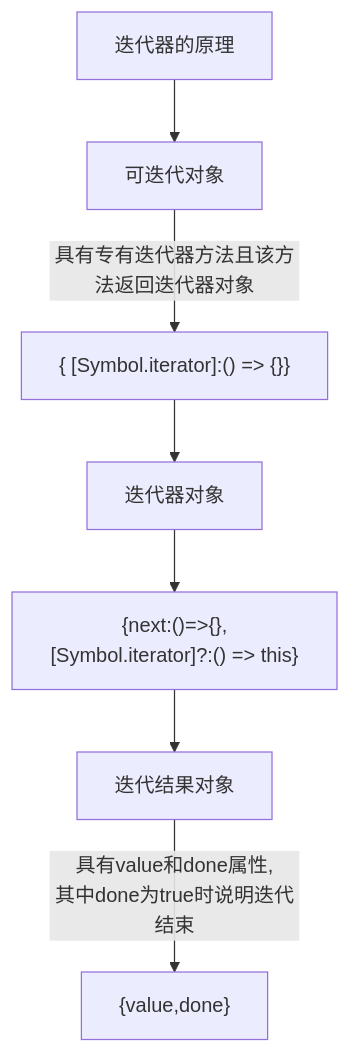
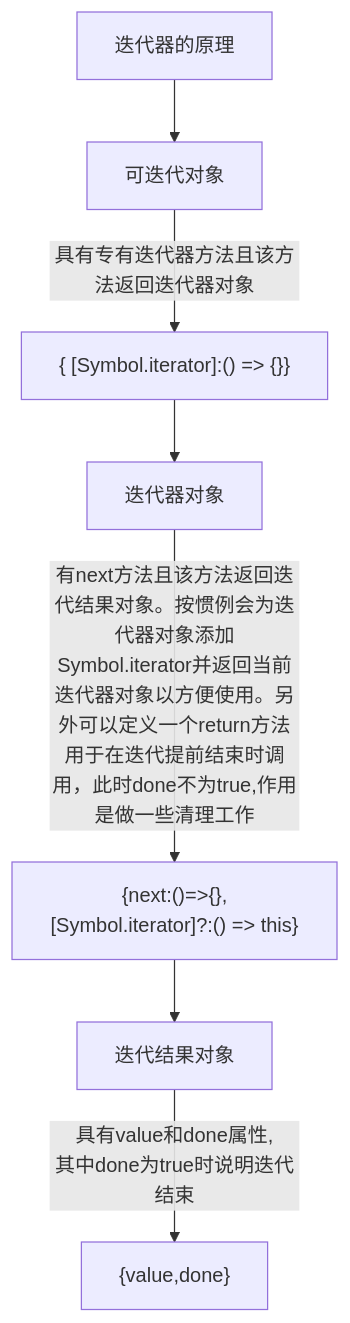
One commit to dxyqqs/javascript-the_definitive_guide changed the diagram in 12/12-1/README.md. Above: the diagram before and after it, drawn with Mermaid.

Commit message:
fixed the mermaid issue

````diff
--- a/12/12-1/README.md
+++ b/12/12-1/README.md
@@ -3,10 +3,10 @@
 ```mermaid
     graph TD
         A[迭代器的原理] --> 
         B["可迭代对象"] --> 
         |具有专有迭代器方法且该方法返回迭代器对象|C["{ [Symbol.iterator]:() => {}}"] -->
         D["迭代器对象"] -->
-        E["{next:()=>{},[Symbol.iterator]?:() => this}"] -->
+        |"有next方法且该方法返回迭代结果对象。按惯例会为迭代器对象添加Symbol.iterator并返回当前迭代器对象以方便使用。另外可以定义一个return方法用于在迭代提前结束时调用，此时done不为true,作用是做一些清理工作"|E["{next:()=>{},[Symbol.iterator]?:() => this}"] -->
         F["迭代结果对象"] --> 
         |具有value和done属性,\n其中done为true时说明迭代结束|G["{value,done}"];
 ```
````
